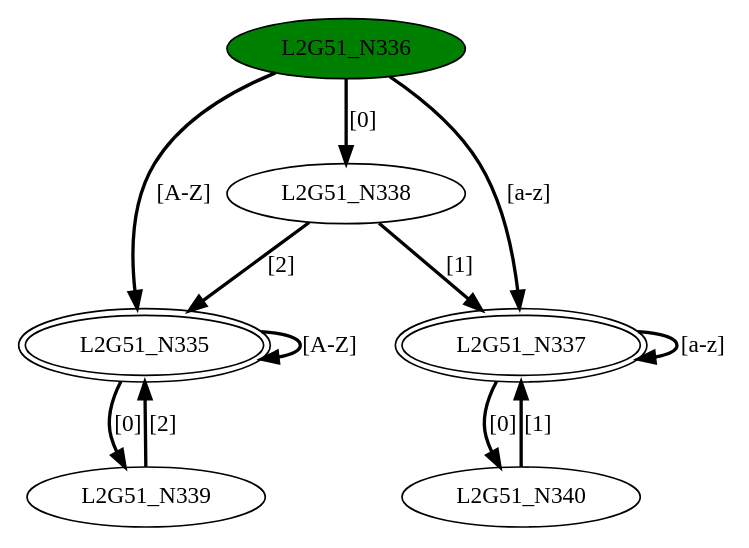
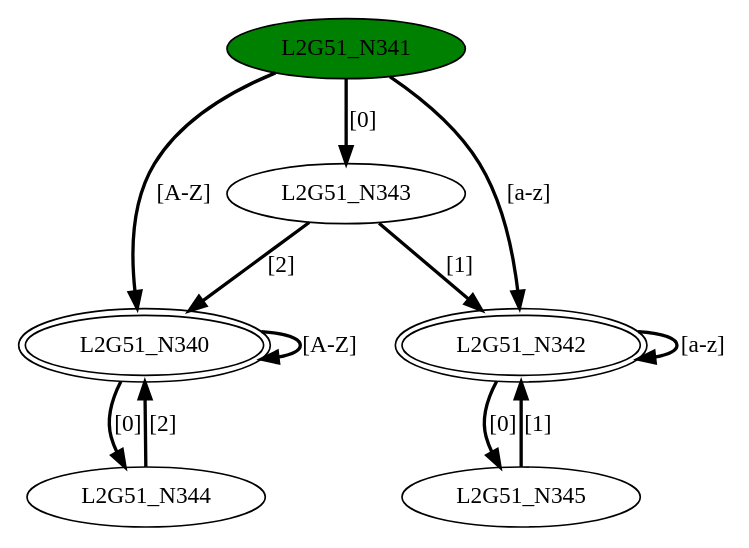
One commit to GDimitroulakos/EDUFLEX changed the diagram in DFASimulator/Testbench/minimizedDFA2.dot. Above: the diagram before and after it, drawn with Graphviz. The commit also changed 56 other files, not shown here.

Commit message:
Thompson Reporting graphs have been enchanced with closure color indication

```diff
--- a/DFASimulator/Testbench/minimizedDFA2.dot
+++ b/DFASimulator/Testbench/minimizedDFA2.dot
@@ -1,19 +1,19 @@
 digraph G51{
-"L2G51_N335" [peripheries=2];
-"L2G51_N336" [style=filled,fillcolor=green];
-"L2G51_N337" [peripheries=2];
-"L2G51_N338";
-"L2G51_N339";
-"L2G51_N340";
-"L2G51_N335"->"L2G51_N335" [style = bold, label = "[A-Z]"];
-"L2G51_N335"->"L2G51_N339" [style = bold, label = "[0]"];
-"L2G51_N336"->"L2G51_N335" [style = bold, label = "[A-Z]"];
-"L2G51_N336"->"L2G51_N337" [style = bold, label = "[a-z]"];
-"L2G51_N336"->"L2G51_N338" [style = bold, label = "[0]"];
-"L2G51_N337"->"L2G51_N337" [style = bold, label = "[a-z]"];
-"L2G51_N337"->"L2G51_N340" [style = bold, label = "[0]"];
-"L2G51_N338"->"L2G51_N335" [style = bold, label = "[2]"];
-"L2G51_N338"->"L2G51_N337" [style = bold, label = "[1]"];
-"L2G51_N339"->"L2G51_N335" [style = bold, label = "[2]"];
-"L2G51_N340"->"L2G51_N337" [style = bold, label = "[1]"];
+"L2G51_N340" [peripheries=2];
+"L2G51_N341" [style=filled,fillcolor=green];
+"L2G51_N342" [peripheries=2];
+"L2G51_N343";
+"L2G51_N344";
+"L2G51_N345";
+"L2G51_N340"->"L2G51_N340" [style = bold, label = "[A-Z]"];
+"L2G51_N340"->"L2G51_N344" [style = bold, label = "[0]"];
+"L2G51_N341"->"L2G51_N340" [style = bold, label = "[A-Z]"];
+"L2G51_N341"->"L2G51_N342" [style = bold, label = "[a-z]"];
+"L2G51_N341"->"L2G51_N343" [style = bold, label = "[0]"];
+"L2G51_N342"->"L2G51_N342" [style = bold, label = "[a-z]"];
+"L2G51_N342"->"L2G51_N345" [style = bold, label = "[0]"];
+"L2G51_N343"->"L2G51_N340" [style = bold, label = "[2]"];
+"L2G51_N343"->"L2G51_N342" [style = bold, label = "[1]"];
+"L2G51_N344"->"L2G51_N340" [style = bold, label = "[2]"];
+"L2G51_N345"->"L2G51_N342" [style = bold, label = "[1]"];
 }
```
